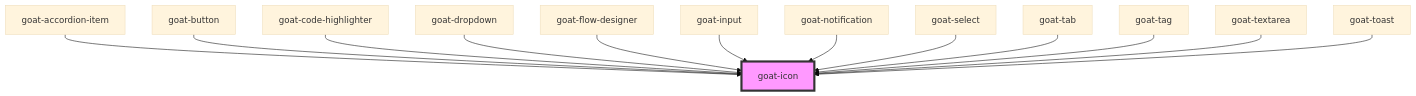
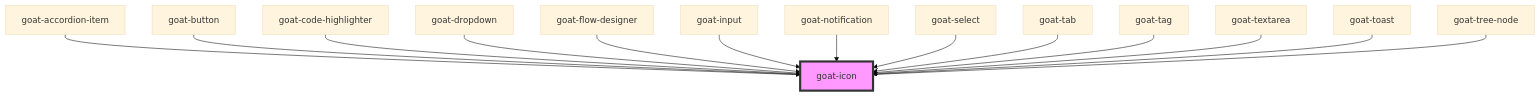
Before and after one commit to goatui/components: the diagram in src/components/general/icon/readme.md, drawn with Mermaid (base theme). The commit also changed other lines of this file and 34 other files, not shown here.

````diff
--- a/src/components/general/icon/readme.md
+++ b/src/components/general/icon/readme.md
@@ -34,16 +35,17 @@
 ```mermaid
 graph TD;
   goat-accordion-item --> goat-icon
   goat-button --> goat-icon
   goat-code-highlighter --> goat-icon
   goat-dropdown --> goat-icon
   goat-flow-designer --> goat-icon
   goat-input --> goat-icon
   goat-notification --> goat-icon
   goat-select --> goat-icon
   goat-tab --> goat-icon
   goat-tag --> goat-icon
   goat-textarea --> goat-icon
   goat-toast --> goat-icon
+  goat-tree-node --> goat-icon
   style goat-icon fill:#f9f,stroke:#333,stroke-width:4px
 ```
````
